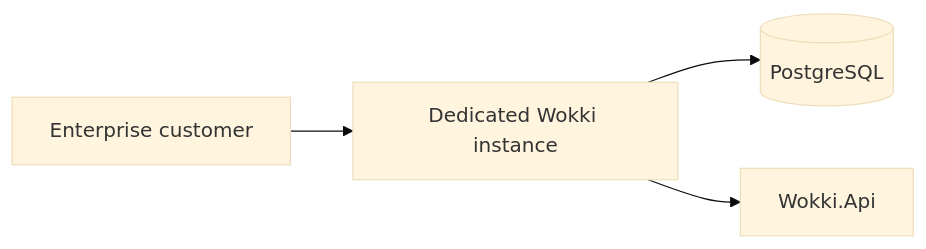
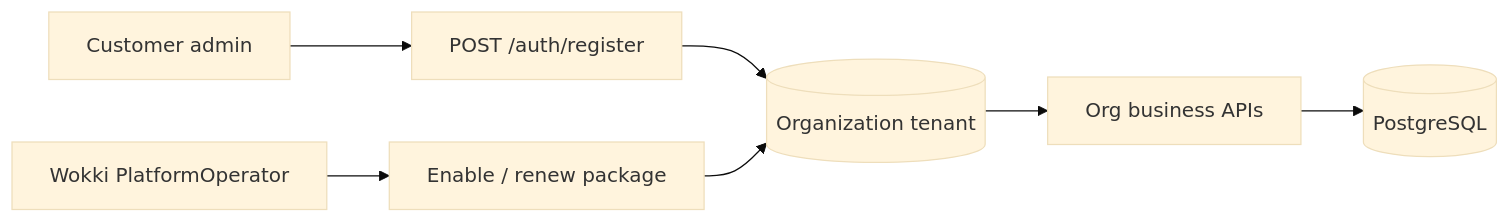
Before and after one commit to darrenak403/wokki-server: the first of 14 diagrams in docs/process-flows.md, drawn with Mermaid (base theme). The commit also changed other lines of this file and 70 other files, not shown here.

First line of the commit message:
Enhance documentation for organization package management and branch workspace access

````diff
--- a/docs/process-flows.md
+++ b/docs/process-flows.md
@@ -9,6 +9,9 @@
 ```mermaid
 flowchart LR
-    Enterprise[Enterprise customer] --> Instance[Dedicated Wokki instance]
-    Instance --> DB[(PostgreSQL)]
-    Instance --> API[Wokki.Api]
+    Customer[Customer admin] --> Register[POST /auth/register]
+    Register --> Org[(Organization tenant)]
+    Platform[Wokki PlatformOperator] --> Package[Enable / renew package]
+    Package --> Org
+    Org --> API[Org business APIs]
+    API --> DB[(PostgreSQL)]
 ```
````
